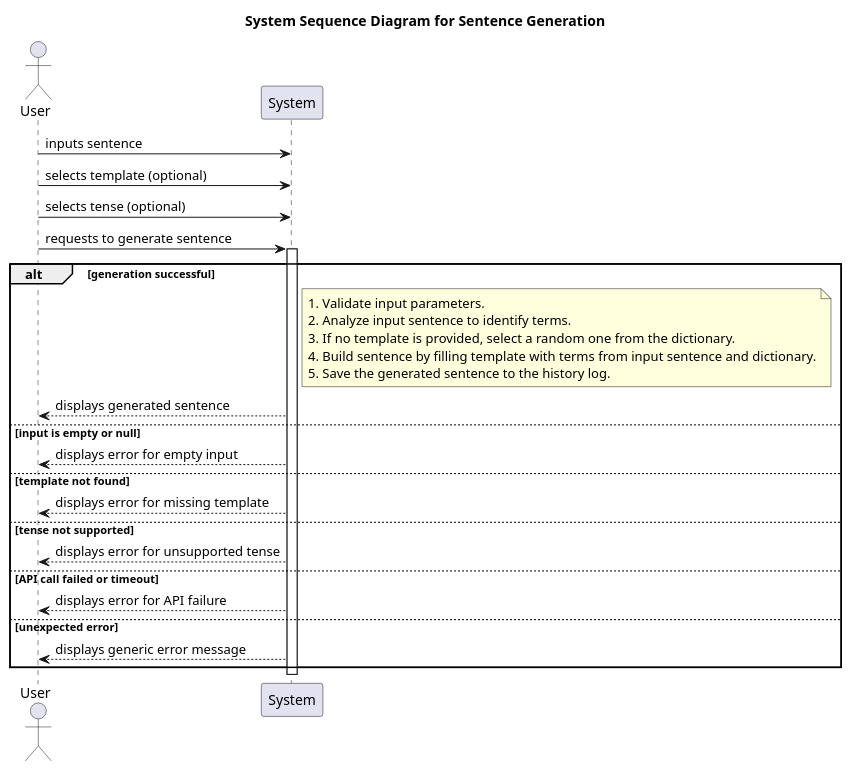
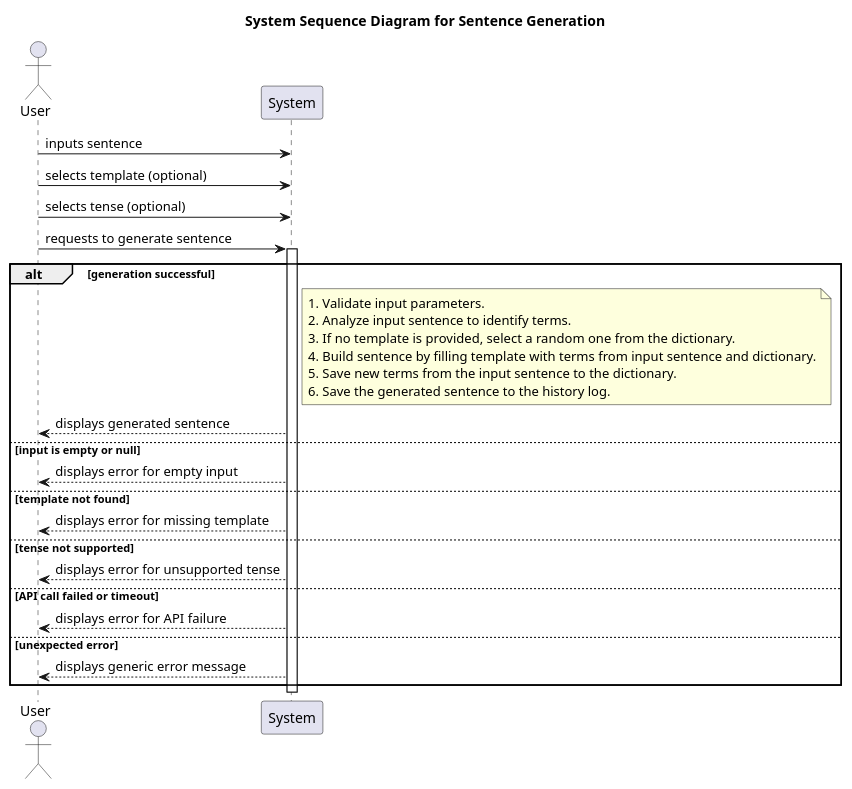
The diagram in docs/diagrams/system-sequence/sentence-generation.plantuml (liamtoaldo/NonSenseGenerator), drawn with PlantUML before and after one commit. The commit also changed 4 other files, not shown here.

Commit message:
NEW - Aggiunta la funzionalità per salvare nuovi termini nel dizionario durante la generazione della frase. Creazione del diagramma di sequenza per il salvataggio della storia delle frasi EDIT - Ottimizzazione della logica di salvataggio dei termini nel dizionario per evitare duplicati

```diff
--- a/docs/diagrams/system-sequence/sentence-generation.plantuml
+++ b/docs/diagrams/system-sequence/sentence-generation.plantuml
@@ -1,36 +1,37 @@
 @startuml
 title System Sequence Diagram for Sentence Generation
 actor User
 participant System
 
 User -> System: inputs sentence
 User -> System: selects template (optional)
 User -> System: selects tense (optional)
 User -> System: requests to generate sentence
 activate System
 
 alt generation successful
     note right of System
         1. Validate input parameters.
         2. Analyze input sentence to identify terms.
         3. If no template is provided, select a random one from the dictionary.
         4. Build sentence by filling template with terms from input sentence and dictionary.
-        5. Save the generated sentence to the history log.
+        5. Save new terms from the input sentence to the dictionary.
+        6. Save the generated sentence to the history log.
     end note
     System --> User: displays generated sentence
 
 else input is empty or null
     System --> User: displays error for empty input
 else template not found
     System --> User: displays error for missing template
 else tense not supported
     System --> User: displays error for unsupported tense
 else API call failed or timeout
     System --> User: displays error for API failure
 else unexpected error
     System --> User: displays generic error message
 end
 
 deactivate System
 
 @enduml
```
